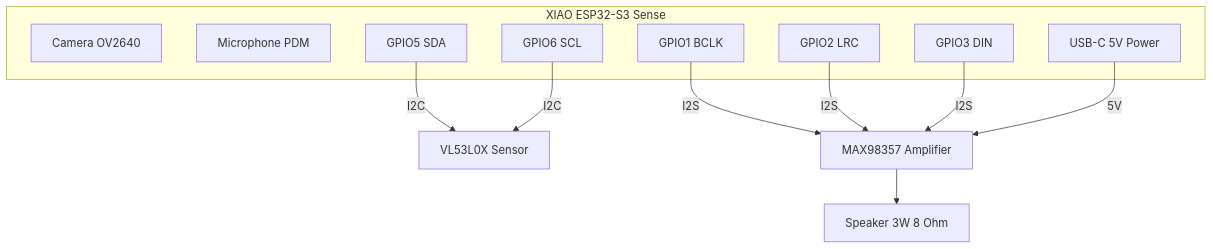
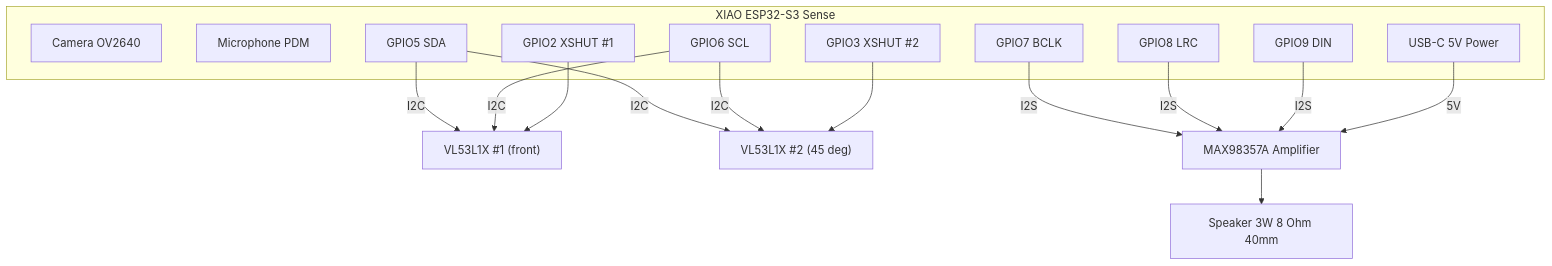
Before and after one commit to zabbix-byte/real-tars: the fifth of 6 diagrams in PHASE2_SENSES.md, drawn with Mermaid. The commit also changed other lines of this file and 6 other files, not shown here.

````diff
--- a/PHASE2_SENSES.md
+++ b/PHASE2_SENSES.md
@@ -320,25 +336,32 @@
 ```mermaid
 graph TB
     subgraph ESP["XIAO ESP32-S3 Sense"]
         CAM["Camera OV2640"]
         MIC["Microphone PDM"]
         SDA["GPIO5 SDA"]
         SCL["GPIO6 SCL"]
-        BCLK["GPIO1 BCLK"]
-        LRC["GPIO2 LRC"]
-        DIN["GPIO3 DIN"]
+        XS1["GPIO2 XSHUT #1"]
+        XS2["GPIO3 XSHUT #2"]
+        BCLK["GPIO7 BCLK"]
+        LRC["GPIO8 LRC"]
+        DIN["GPIO9 DIN"]
         USB["USB-C 5V Power"]
     end
 
-    VL["VL53L0X Sensor"]
-    AMP["MAX98357 Amplifier"]
-    SPK["Speaker 3W 8 Ohm"]
+    VL1["VL53L1X #1 (front)"]
+    VL2["VL53L1X #2 (45 deg)"]
+    AMP["MAX98357A Amplifier"]
+    SPK["Speaker 3W 8 Ohm 40mm"]
 
-    SDA -->|"I2C"| VL
-    SCL -->|"I2C"| VL
+    SDA -->|"I2C"| VL1
+    SCL -->|"I2C"| VL1
+    SDA -->|"I2C"| VL2
+    SCL -->|"I2C"| VL2
+    XS1 --> VL1
+    XS2 --> VL2
     BCLK -->|"I2S"| AMP
     LRC -->|"I2S"| AMP
     DIN -->|"I2S"| AMP
     AMP --> SPK
     USB -->|"5V"| AMP
 ```
````
